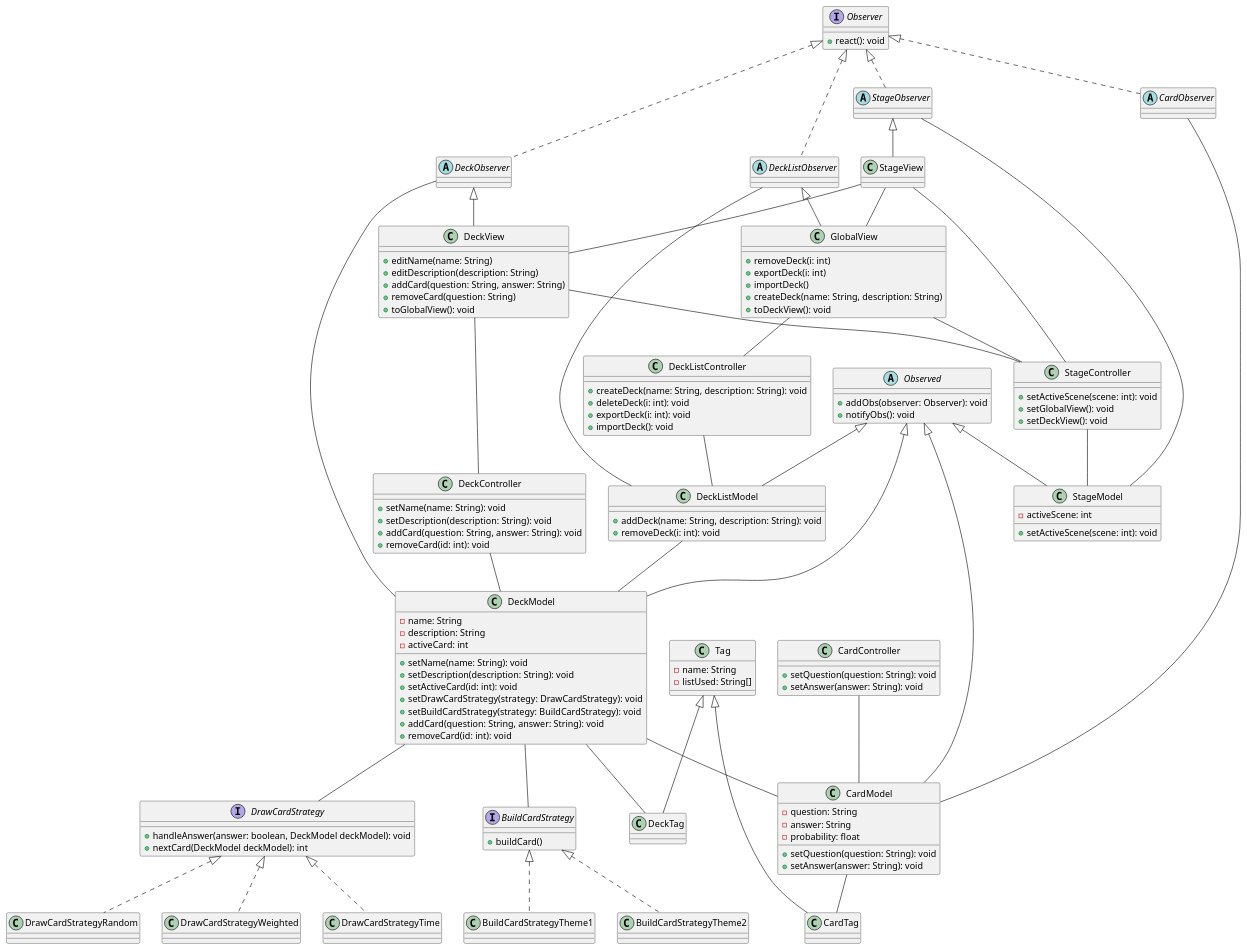
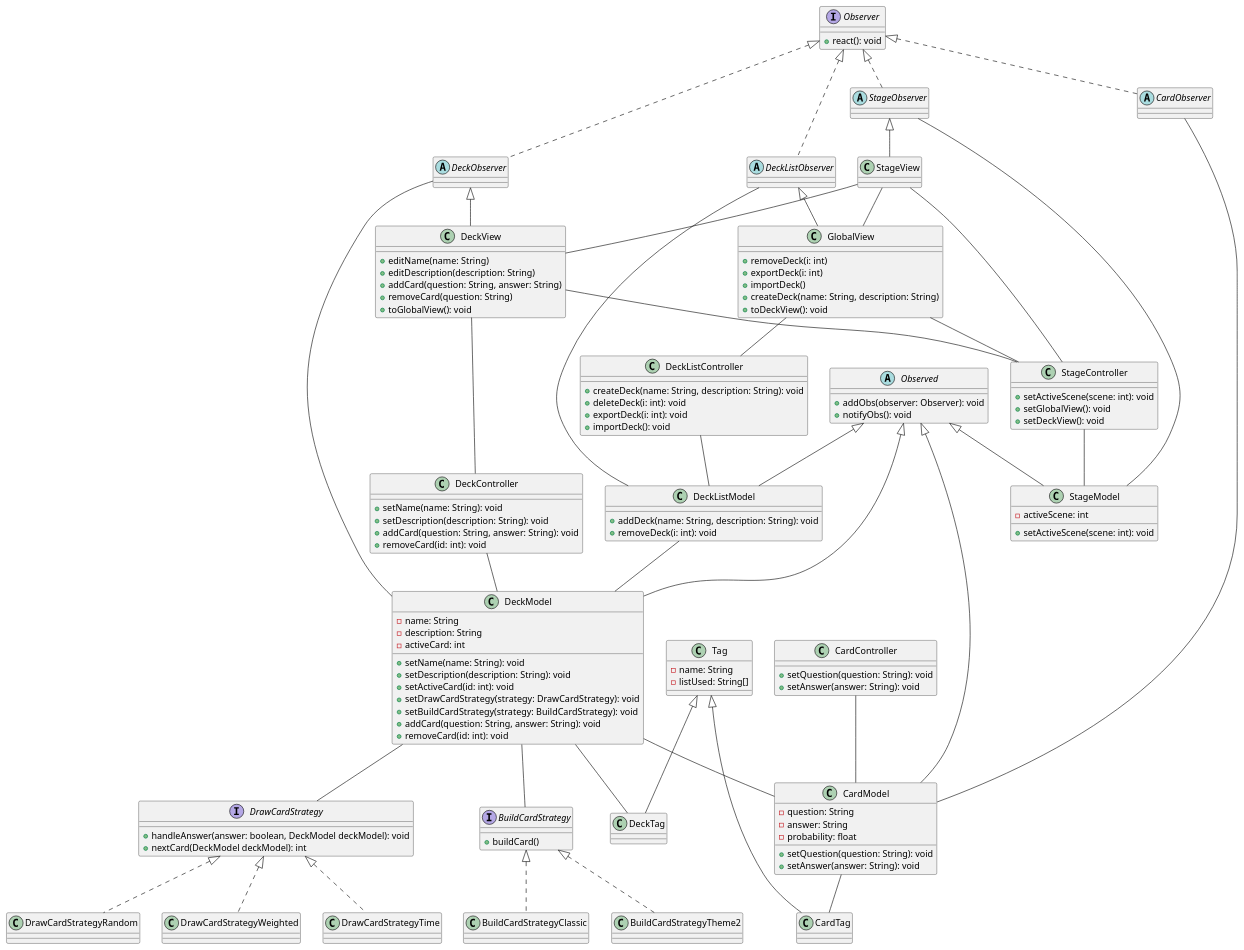
The diagram in GestionProjet/classDiagram.wsd (BigBaz54/TN_Flashcards), drawn with PlantUML before and after one commit. The commit also changed 4 other files, not shown here.

Commit message:
[+] buildCardStrategieesss mais vide

```diff
--- a/GestionProjet/classDiagram.wsd
+++ b/GestionProjet/classDiagram.wsd
@@ -1,161 +1,161 @@
 @startuml
 interface Observer {
     + react(): void
 }
 
 abstract class CardObserver implements Observer {
 }
 
 abstract class DeckObserver implements Observer {
 }
 
 abstract class DeckListObserver implements Observer {
 }
 
 abstract class StageObserver implements Observer {
 }
 
 abstract class Observed {
     + addObs(observer: Observer): void
     + notifyObs(): void
 }
 
 class GlobalView extends DeckListObserver {
     + removeDeck(i: int)
     + exportDeck(i: int)
     + importDeck()
     + createDeck(name: String, description: String)
     + toDeckView(): void
 }
 
 class DeckView extends DeckObserver {
     + editName(name: String)
     + editDescription(description: String)
     + addCard(question: String, answer: String)
     + removeCard(question: String)
     + toGlobalView(): void
 }
 
 class StageView extends StageObserver {
 }
 
 class DeckListModel extends Observed {
     + addDeck(name: String, description: String): void
     + removeDeck(i: int): void
 }
 
 class DeckModel extends Observed {
     - name: String
     - description: String
     - activeCard: int
     + setName(name: String): void
     + setDescription(description: String): void
     + setActiveCard(id: int): void
     + setDrawCardStrategy(strategy: DrawCardStrategy): void
     + setBuildCardStrategy(strategy: BuildCardStrategy): void
     + addCard(question: String, answer: String): void
     + removeCard(id: int): void
 }
 
 class CardModel extends Observed {
     - question: String
     - answer: String
     - probability: float
     + setQuestion(question: String): void
     + setAnswer(answer: String): void
 }
 
 class StageModel extends Observed {
     - activeScene: int
     + setActiveScene(scene: int): void
 }
 
 class DeckListController {
     + createDeck(name: String, description: String): void
     + deleteDeck(i: int): void
     + exportDeck(i: int): void
     + importDeck(): void
 }
 
 class DeckController {
     + setName(name: String): void
     + setDescription(description: String): void
     + addCard(question: String, answer: String): void
     + removeCard(id: int): void
 }
 
 class CardController {
     + setQuestion(question: String): void
     + setAnswer(answer: String): void
 }
 
 class StageController {
     + setActiveScene(scene: int): void
     + setGlobalView(): void
     + setDeckView(): void
 }
 
 class Tag {
     - name: String
     - listUsed: String[]
 }
 
 class CardTag extends Tag {
 }
 
 class DeckTag extends Tag {
 }
 
 interface DrawCardStrategy {
     + handleAnswer(answer: boolean, DeckModel deckModel): void
     + nextCard(DeckModel deckModel): int
 }
 
 interface BuildCardStrategy {
     + buildCard()
 }
 
-class BuildCardStrategyTheme1 implements BuildCardStrategy {
+class BuildCardStrategyClassic implements BuildCardStrategy {
 }
 
 class BuildCardStrategyTheme2 implements BuildCardStrategy {
 }
 
 class DrawCardStrategyRandom implements DrawCardStrategy {
 }
 
 class DrawCardStrategyWeighted implements DrawCardStrategy {
 }
 
 class DrawCardStrategyTime implements DrawCardStrategy {
 }
 
 CardObserver -- CardModel
 DeckObserver -- DeckModel
 DeckListObserver -- DeckListModel
 StageObserver -- StageModel
 
 GlobalView -- DeckListController
 DeckView -- DeckController
 StageView -- StageController
 GlobalView -- StageController
 DeckView -- StageController
 
 CardController -- CardModel
 DeckController -- DeckModel
 DeckListController -- DeckListModel
 StageController -- StageModel
 
 DeckModel -- DrawCardStrategy
 DeckModel -- BuildCardStrategy
 DeckModel -- CardModel
 DeckListModel -- DeckModel
 
 
 StageView -- DeckView
 StageView -- GlobalView
 
 CardModel -- CardTag
 DeckModel -- DeckTag
 
 @enduml
```
